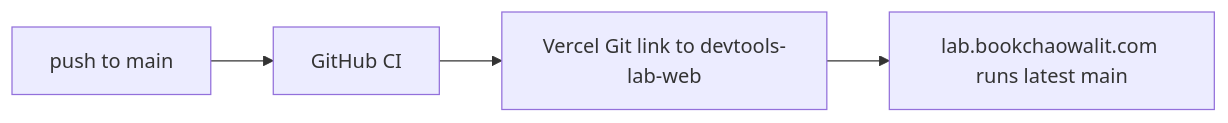
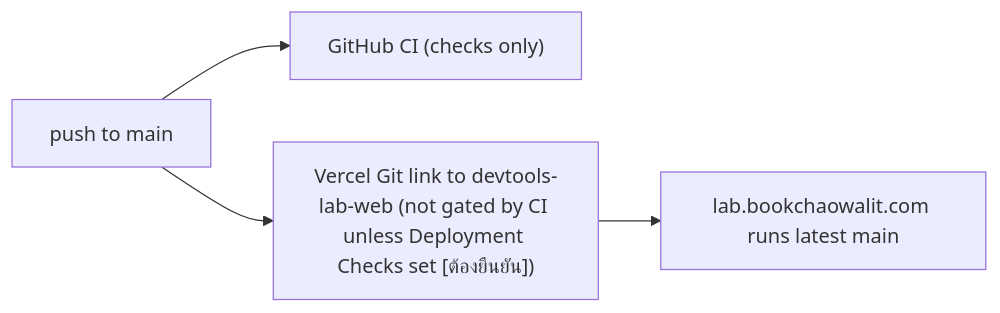
One commit to bookchaowalit-website/devtools-lab-web changed the second of 2 diagrams in docs/diagrams/01-business-process.md. Above: the diagram before and after it, drawn with Mermaid. The commit also changed other lines of this file, not shown here.

````diff
--- a/docs/diagrams/01-business-process.md
+++ b/docs/diagrams/01-business-process.md
@@ -42,6 +48,6 @@
 ```mermaid
 flowchart LR
-  PUSH["push to main"] --> CI["GitHub CI"]
-  CI --> GIT["Vercel Git link to devtools-lab-web"]
+  PUSH["push to main"] --> CI["GitHub CI (checks only)"]
+  PUSH --> GIT["Vercel Git link to devtools-lab-web (not gated by CI unless Deployment Checks set [ต้องยืนยัน])"]
   GIT --> LIVE["lab.bookchaowalit.com runs latest main"]
 ```
````
